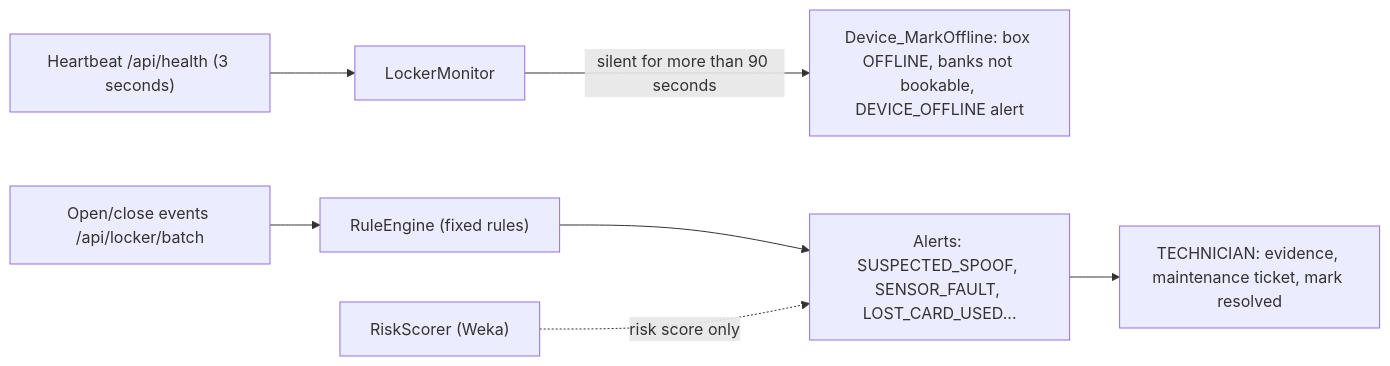
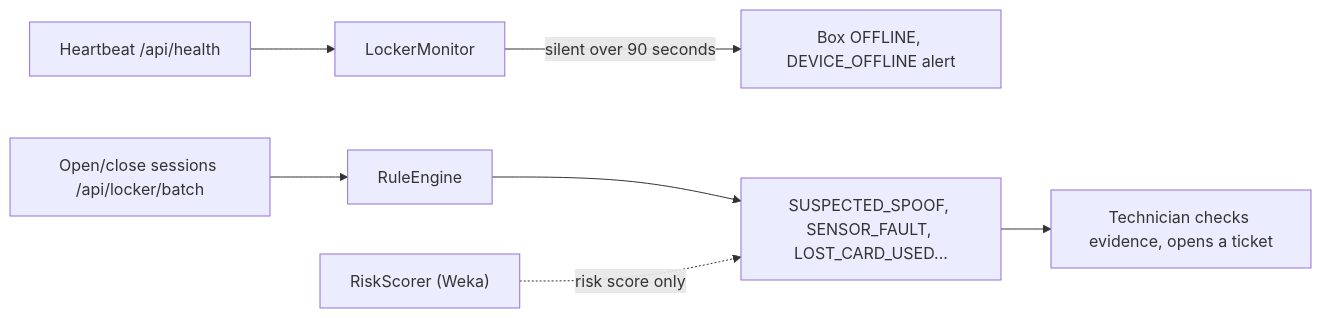
Before and after one commit to HoangDuc1003/SmartLocker: the third of 4 diagrams in README.en.md, drawn with Mermaid. The commit also changed other lines of this file and 1 other file, not shown here.

````diff
--- a/README.en.md
+++ b/README.en.md
@@ -367,9 +342,9 @@
 ```mermaid
 flowchart LR
-    HB["Heartbeat /api/health (3 seconds)"] --> LM["LockerMonitor"]
-    LM -->|"silent for more than 90 seconds"| OFF["Device_MarkOffline: box OFFLINE, banks not bookable, DEVICE_OFFLINE alert"]
-    EV["Open/close events /api/locker/batch"] --> RE["RuleEngine (fixed rules)"]
-    RE --> AL["Alerts: SUSPECTED_SPOOF, SENSOR_FAULT, LOST_CARD_USED..."]
+    HB["Heartbeat /api/health"] --> LM["LockerMonitor"]
+    LM -->|"silent over 90 seconds"| OFF["Box OFFLINE, DEVICE_OFFLINE alert"]
+    EV["Open/close sessions /api/locker/batch"] --> RE["RuleEngine"]
+    RE --> AL["SUSPECTED_SPOOF, SENSOR_FAULT, LOST_CARD_USED..."]
     RS["RiskScorer (Weka)"] -.->|"risk score only"| AL
-    AL --> T["TECHNICIAN: evidence, maintenance ticket, mark resolved"]
+    AL --> T["Technician checks evidence, opens a ticket"]
 ```
````
